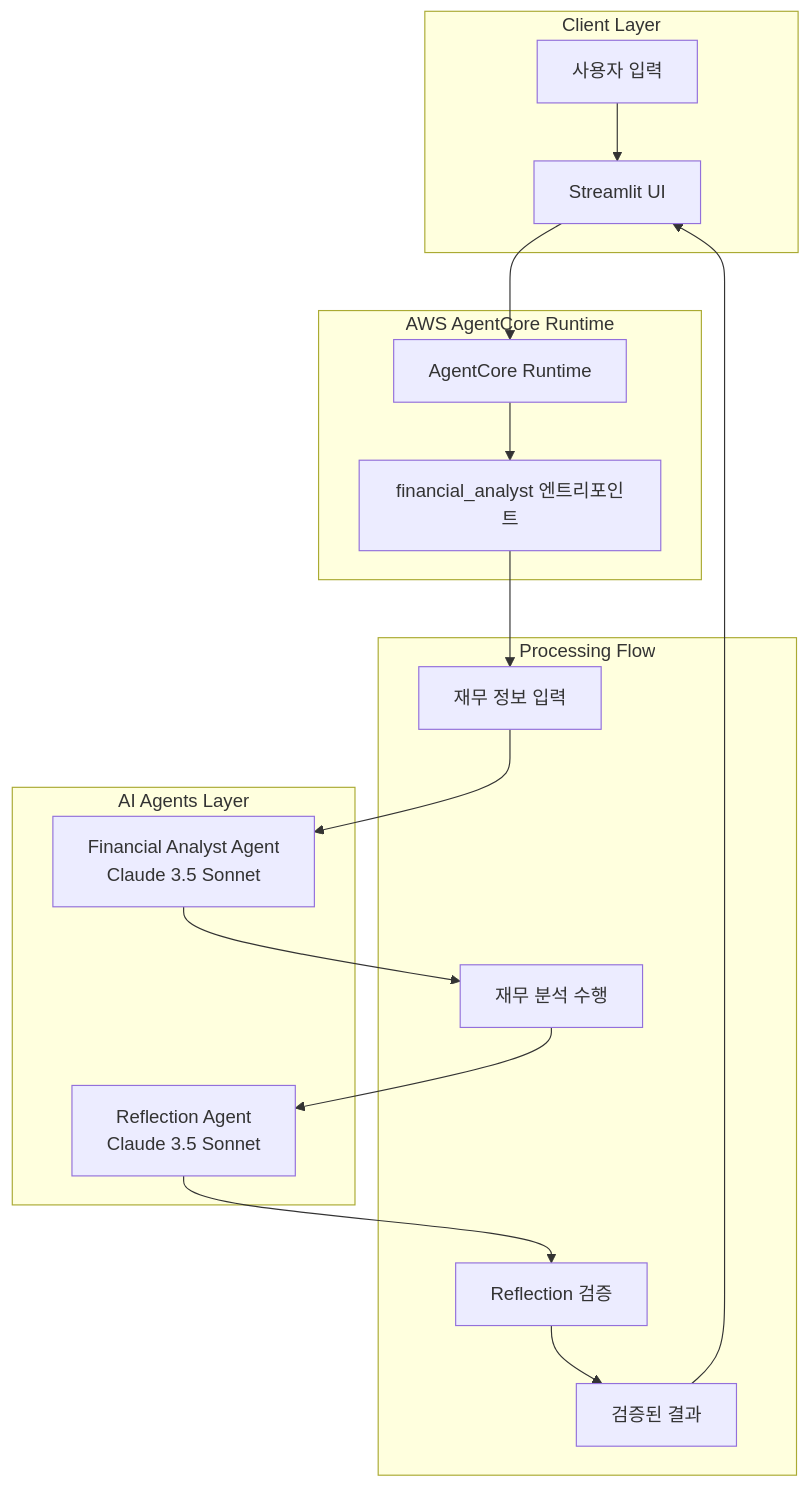
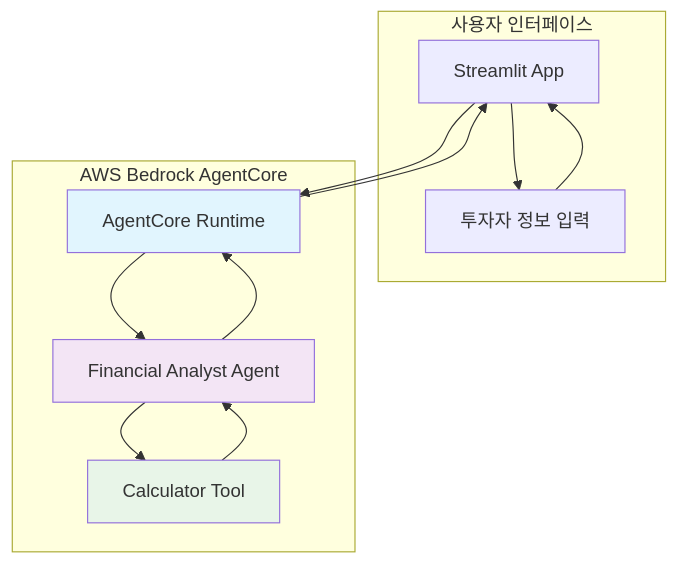
The first of 2 diagrams in financial_analyst/README.md (ksgsslee/investment_advisor_strands), drawn with Mermaid before and after one commit. The commit also changed other lines of this file, not shown here.

Commit message:
financial_analyst

````diff
--- a/financial_analyst/README.md
+++ b/financial_analyst/README.md
@@ -33,35 +16,26 @@
 ```mermaid
 graph TB
-    subgraph "Client Layer"
-        UI[Streamlit UI]
-        USER[사용자 입력]
+    subgraph "사용자 인터페이스"
+        UI[Streamlit App]
+        USER[투자자 정보 입력]
     end
     
-    subgraph "AWS AgentCore Runtime"
+    subgraph "AWS Bedrock AgentCore"
         RUNTIME[AgentCore Runtime]
-        ENTRY[financial_analyst 엔트리포인트]
-    end
-    
-    subgraph "AI Agents Layer"
-        ANALYST[Financial Analyst Agent<br/>Claude 3.5 Sonnet]
-        REFLECTION[Reflection Agent<br/>Claude 3.5 Sonnet]
-    end
-    
-    subgraph "Processing Flow"
-        INPUT[재무 정보 입력]
-        ANALYSIS[재무 분석 수행]
-        VALIDATION[Reflection 검증]
-        OUTPUT[검증된 결과]
+        AGENT[Financial Analyst Agent]
+        CALC[Calculator Tool]
     end
     
     USER --> UI
     UI --> RUNTIME
-    RUNTIME --> ENTRY
-    ENTRY --> INPUT
-    INPUT --> ANALYST
-    ANALYST --> ANALYSIS
-    ANALYSIS --> REFLECTION
-    REFLECTION --> VALIDATION
-    VALIDATION --> OUTPUT
-    OUTPUT --> UI
+    RUNTIME --> AGENT
+    AGENT --> CALC
+    CALC --> AGENT
+    AGENT --> RUNTIME
+    RUNTIME --> UI
+    UI --> USER
+    
+    style RUNTIME fill:#e1f5fe
+    style AGENT fill:#f3e5f5
+    style CALC fill:#e8f5e8
 ```
````
